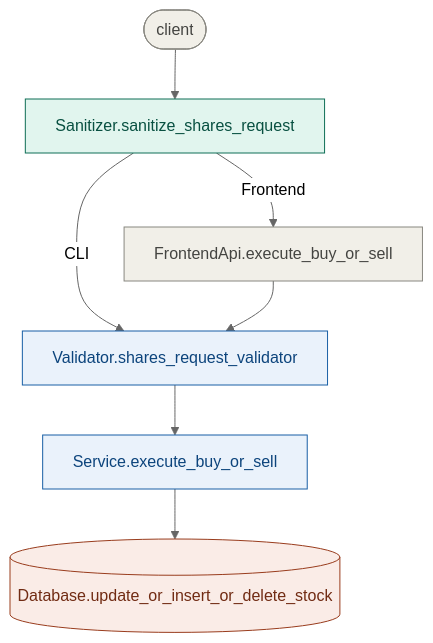
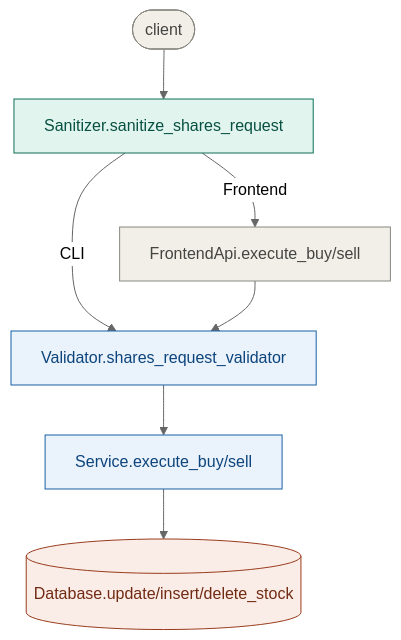
One commit to Aditi1900/investment-app changed the sixth of 6 diagrams in README.md. Above: the diagram before and after it, drawn with Mermaid (neutral theme). The commit also changed other lines of this file, not shown here.

Commit message:
replaced _or_ with / in README.md

````diff
--- a/README.md
+++ b/README.md
@@ -126,17 +126,17 @@
 ```mermaid
 flowchart TD
     A([client])
     A --> B[Sanitizer.sanitize_shares_request]
     B -->|CLI| D[Validator.shares_request_validator]
-    B -->|Frontend| C[FrontendApi.execute_buy_or_sell]
+    B -->|Frontend| C[FrontendApi.execute_buy/sell]
     C --> D
-    D --> E[Service.execute_buy_or_sell]
-    E --> F[(Database.update_or_insert_or_delete_stock)]
+    D --> E[Service.execute_buy/sell]
+    E --> F[(Database.update/insert/delete_stock)]
 
     style A fill:#F1EFE8,stroke:#888780,color:#444441
     style B fill:#E1F5EE,stroke:#0F6E56,color:#085041
     style C fill:#F1EFE8,stroke:#888780,color:#444441
     style D fill:#EAF2FB,stroke:#185FA5,color:#0C447C
     style E fill:#EAF2FB,stroke:#185FA5,color:#0C447C
     style F fill:#FAECE7,stroke:#993C1D,color:#712B13
 ```
````
